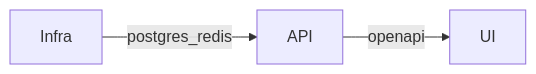
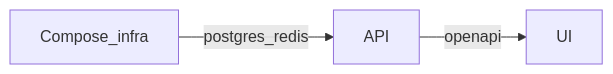
One commit to AI-Starter-Templates/.github changed the diagram in profile/README.md. Above: the diagram before and after it, drawn with Mermaid. The commit also changed other lines of this file, not shown here.

Commit message:
Update README.md to replace references to the outdated infrastructure-template with infra-docker-compose-template, enhancing descriptions of local development setup and clarifying the separation of concerns between Compose and K3s/Kubernetes templates.

````diff
--- a/profile/README.md
+++ b/profile/README.md
@@ -45,8 +45,8 @@
 ```mermaid
 flowchart LR
-  infraNode[Infra]
+  composeNode[Compose_infra]
   apiNode[API]
   uiNode[UI]
-  infraNode -->|postgres_redis| apiNode
+  composeNode -->|postgres_redis| apiNode
   apiNode -->|openapi| uiNode
 ```
````
